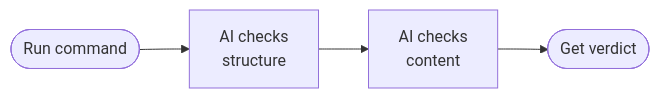
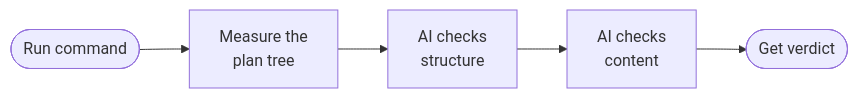
Before and after one commit to gabgoss/planwise: the third of 12 diagrams in plugins/planwise/README.md, drawn with Mermaid. The commit also changed other lines of this file and 5 other files, not shown here.

````diff
--- a/plugins/planwise/README.md
+++ b/plugins/planwise/README.md
@@ -139,4 +142,4 @@
 ```mermaid
 flowchart LR
-    A([Run command]) --> B[AI checks<br/>structure] --> C[AI checks<br/>content] --> D([Get verdict])
+    A([Run command]) --> B[Measure the<br/>plan tree] --> C[AI checks<br/>structure] --> D[AI checks<br/>content] --> E([Get verdict])
 ```
````
